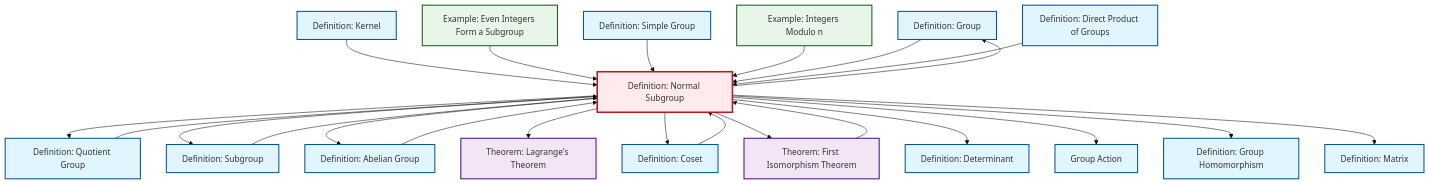
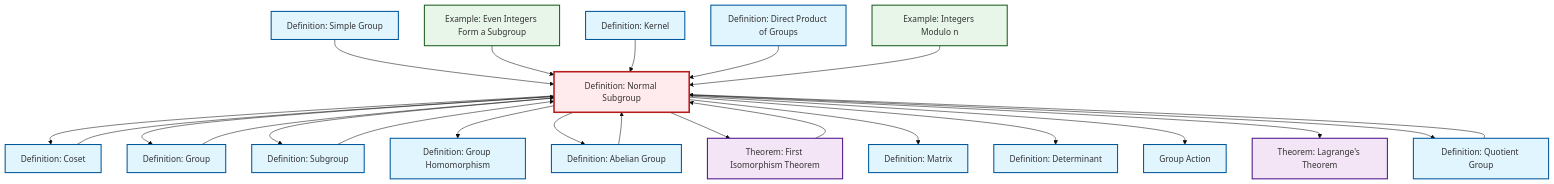
One commit to RK0429/ModernMath changed the diagram in content/ja/algebra/def-normal-subgroup.qmd. Above: the diagram before and after it, drawn with Mermaid (base theme). The commit also changed other lines of this file and 581 other files, not shown here.

````diff
--- a/content/ja/algebra/def-normal-subgroup.qmd
+++ b/content/ja/algebra/def-normal-subgroup.qmd
@@ -97,65 +97,65 @@
 ```{mermaid}
 %%| fig-cap: "Local dependency graph"
 graph TD
     classDef definition fill:#e1f5fe,stroke:#01579b,stroke-width:2px
     classDef theorem fill:#f3e5f5,stroke:#4a148c,stroke-width:2px
     classDef axiom fill:#fff3e0,stroke:#e65100,stroke-width:2px
     classDef example fill:#e8f5e9,stroke:#1b5e20,stroke-width:2px
     classDef current fill:#ffebee,stroke:#b71c1c,stroke-width:3px
-    def-homomorphism["Definition: Group Homomorphism"]:::definition
-    def-group["Definition: Group"]:::definition
-    ex-quotient-integers-mod-n["Example: Integers Modulo n"]:::example
-    def-coset["Definition: Coset"]:::definition
-    thm-first-isomorphism["Theorem: First Isomorphism Theorem"]:::theorem
-    thm-lagrange["Theorem: Lagrange's Theorem"]:::theorem
-    def-quotient-group["Definition: Quotient Group"]:::definition
-    def-subgroup["Definition: Subgroup"]:::definition
     def-simple-group["Definition: Simple Group"]:::definition
     def-matrix["Definition: Matrix"]:::definition
+    def-subgroup["Definition: Subgroup"]:::definition
+    ex-quotient-integers-mod-n["Example: Integers Modulo n"]:::example
     def-determinant["Definition: Determinant"]:::definition
+    def-group-action["Group Action"]:::definition
+    def-quotient-group["Definition: Quotient Group"]:::definition
+    thm-lagrange["Theorem: Lagrange's Theorem"]:::theorem
+    def-abelian-group["Definition: Abelian Group"]:::definition
+    def-coset["Definition: Coset"]:::definition
+    def-kernel["Definition: Kernel"]:::definition
+    def-group["Definition: Group"]:::definition
+    thm-first-isomorphism["Theorem: First Isomorphism Theorem"]:::theorem
+    def-homomorphism["Definition: Group Homomorphism"]:::definition
+    ex-even-integers-subgroup["Example: Even Integers Form a Subgroup"]:::example
+    def-normal-subgroup["Definition: Normal Subgroup"]:::definition
     def-direct-product["Definition: Direct Product of Groups"]:::definition
-    ex-even-integers-subgroup["Example: Even Integers Form a Subgroup"]:::example
-    def-abelian-group["Definition: Abelian Group"]:::definition
-    def-kernel["Definition: Kernel"]:::definition
-    def-group-action["Group Action"]:::definition
-    def-normal-subgroup["Definition: Normal Subgroup"]:::definition
-    def-abelian-group --> def-normal-subgroup
+    def-normal-subgroup --> def-coset
+    def-normal-subgroup --> def-group
+    def-normal-subgroup --> def-subgroup
+    def-simple-group --> def-normal-subgroup
+    def-normal-subgroup --> def-homomorphism
+    ex-even-integers-subgroup --> def-normal-subgroup
+    def-kernel --> def-normal-subgroup
+    def-quotient-group --> def-normal-subgroup
+    def-subgroup --> def-normal-subgroup
+    def-normal-subgroup --> def-abelian-group
+    def-coset --> def-normal-subgroup
+    def-normal-subgroup --> thm-first-isomorphism
+    def-direct-product --> def-normal-subgroup
     thm-first-isomorphism --> def-normal-subgroup
-    def-kernel --> def-normal-subgroup
-    ex-even-integers-subgroup --> def-normal-subgroup
-    def-quotient-group --> def-normal-subgroup
-    def-normal-subgroup --> def-group
-    def-subgroup --> def-normal-subgroup
-    def-normal-subgroup --> def-quotient-group
-    def-normal-subgroup --> def-subgroup
-    def-normal-subgroup --> def-abelian-group
-    def-normal-subgroup --> thm-lagrange
-    def-simple-group --> def-normal-subgroup
-    ex-quotient-integers-mod-n --> def-normal-subgroup
     def-group --> def-normal-subgroup
-    def-coset --> def-normal-subgroup
-    def-normal-subgroup --> def-coset
-    def-direct-product --> def-normal-subgroup
-    def-normal-subgroup --> thm-first-isomorphism
+    def-normal-subgroup --> def-matrix
     def-normal-subgroup --> def-determinant
     def-normal-subgroup --> def-group-action
-    def-normal-subgroup --> def-homomorphism
-    def-normal-subgroup --> def-matrix
+    def-normal-subgroup --> thm-lagrange
+    def-abelian-group --> def-normal-subgroup
+    ex-quotient-integers-mod-n --> def-normal-subgroup
+    def-normal-subgroup --> def-quotient-group
     class def-normal-subgroup current
-    click def-homomorphism "def-homomorphism.html" "Definition: Group Homomorphismへ"
-    click def-group "def-group.html" "Definition: Groupへ"
-    click ex-quotient-integers-mod-n "ex-quotient-integers-mod-n.html" "Example: Integers Modulo nへ"
-    click def-coset "def-coset.html" "Definition: Cosetへ"
-    click thm-first-isomorphism "thm-first-isomorphism.html" "Theorem: First Isomorphism Theoremへ"
-    click thm-lagrange "thm-lagrange.html" "Theorem: Lagrange's Theoremへ"
-    click def-quotient-group "def-quotient-group.html" "Definition: Quotient Groupへ"
-    click def-subgroup "def-subgroup.html" "Definition: Subgroupへ"
     click def-simple-group "def-simple-group.html" "Definition: Simple Groupへ"
     click def-matrix "def-matrix.html" "Definition: Matrixへ"
+    click def-subgroup "def-subgroup.html" "Definition: Subgroupへ"
+    click ex-quotient-integers-mod-n "ex-quotient-integers-mod-n.html" "Example: Integers Modulo nへ"
     click def-determinant "def-determinant.html" "Definition: Determinantへ"
+    click def-group-action "def-group-action.html" "Group Actionへ"
+    click def-quotient-group "def-quotient-group.html" "Definition: Quotient Groupへ"
+    click thm-lagrange "thm-lagrange.html" "Theorem: Lagrange's Theoremへ"
+    click def-abelian-group "def-abelian-group.html" "Definition: Abelian Groupへ"
+    click def-coset "def-coset.html" "Definition: Cosetへ"
+    click def-kernel "def-kernel.html" "Definition: Kernelへ"
+    click def-group "def-group.html" "Definition: Groupへ"
+    click thm-first-isomorphism "thm-first-isomorphism.html" "Theorem: First Isomorphism Theoremへ"
+    click def-homomorphism "def-homomorphism.html" "Definition: Group Homomorphismへ"
+    click ex-even-integers-subgroup "ex-even-integers-subgroup.html" "Example: Even Integers Form a Subgroupへ"
     click def-direct-product "def-direct-product.html" "Definition: Direct Product of Groupsへ"
-    click ex-even-integers-subgroup "ex-even-integers-subgroup.html" "Example: Even Integers Form a Subgroupへ"
-    click def-abelian-group "def-abelian-group.html" "Definition: Abelian Groupへ"
-    click def-kernel "def-kernel.html" "Definition: Kernelへ"
-    click def-group-action "def-group-action.html" "Group Actionへ"
 ```
````
